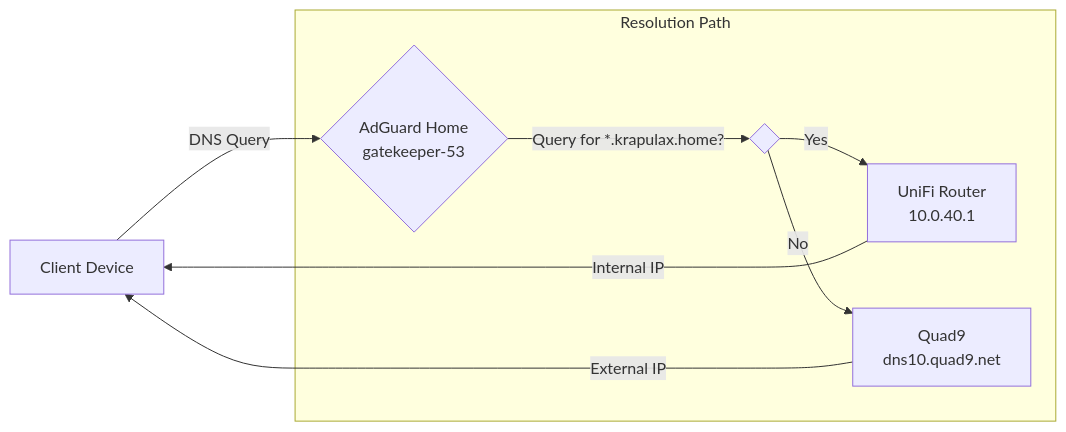
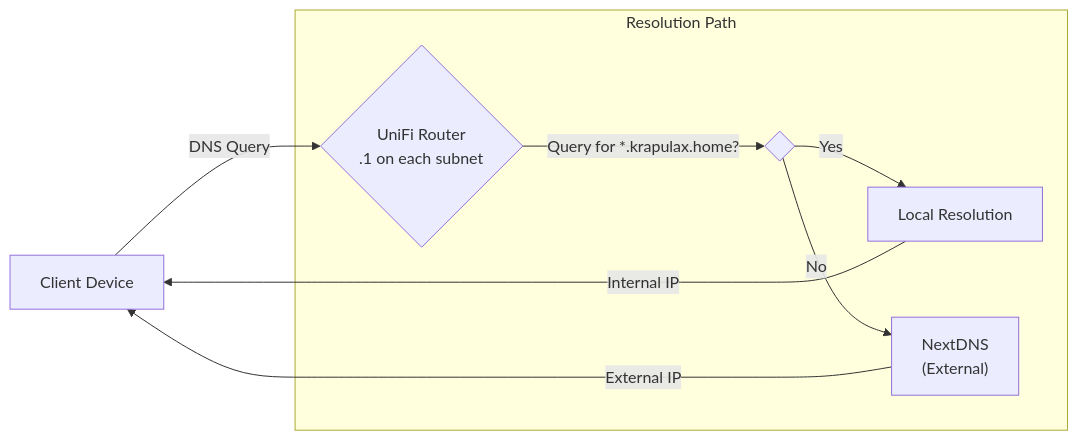
Before and after one commit to fabricesemti80/homelab-architecture: the diagram in docs/dns.md, drawn with Mermaid. The commit also changed other lines of this file and 10 other files, not shown here.

````diff
--- a/docs/dns.md
+++ b/docs/dns.md
@@ -9,13 +9,13 @@
 ```mermaid
 graph LR
-    Client["Client Device"] -- "DNS Query" --> AdGuard
+    Client["Client Device"] -- "DNS Query" --> Router
 
     subgraph "Resolution Path"
-        AdGuard{"AdGuard Home<br/>gatekeeper-53"} -- "Query for *.krapulax.home?" --> Decision{ }
-        Decision -- "Yes" --> UniFi["UniFi Router<br/>10.0.40.1"]
-        Decision -- "No" --> Quad9["Quad9<br/>dns10.quad9.net"]
+        Router{"UniFi Router<br/>.1 on each subnet"} -- "Query for *.krapulax.home?" --> Decision{ }
+        Decision -- "Yes" --> Local["Local Resolution"]
+        Decision -- "No" --> NextDNS["NextDNS<br/>(External)"]
     end
 
-    UniFi -- "Internal IP" --> Client
-    Quad9 -- "External IP" --> Client
+    Local -- "Internal IP" --> Client
+    NextDNS -- "External IP" --> Client
 ```
````
